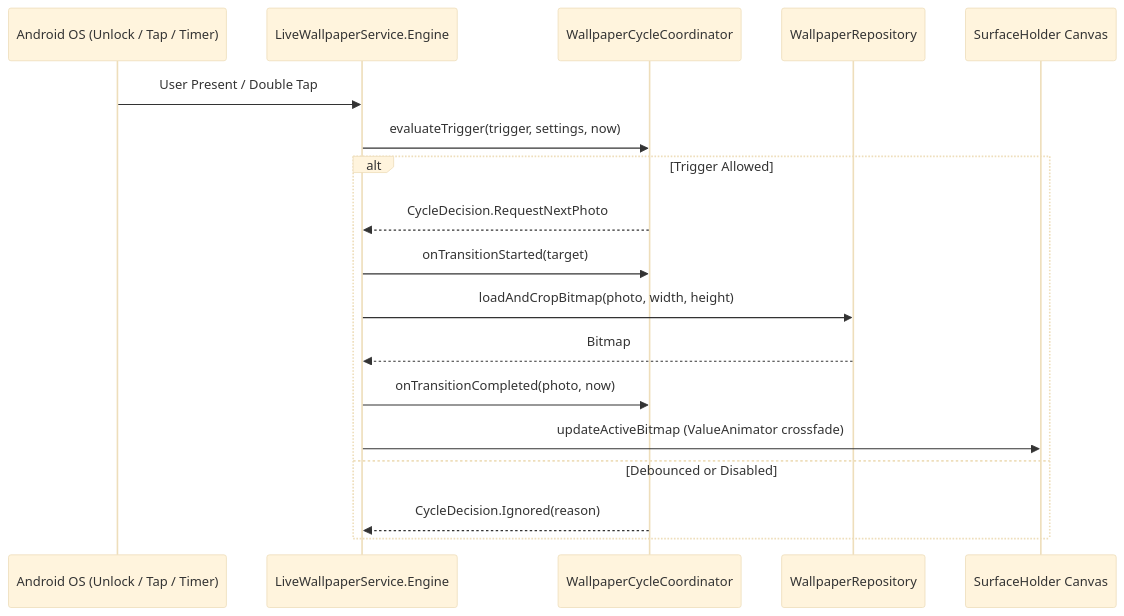
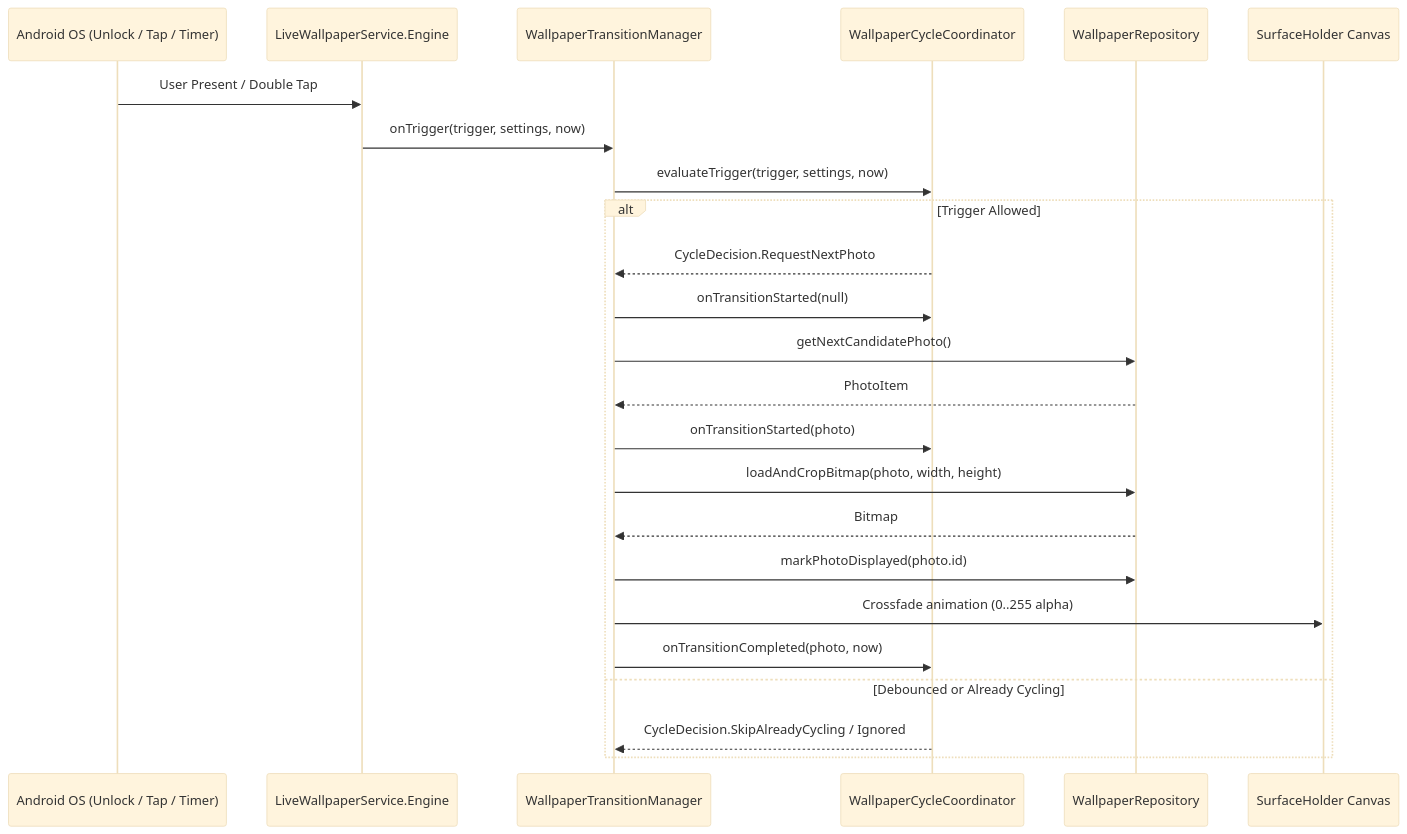
The diagram in docs/agent/wallpaper-engine.md (PereViader/AndroidBackgroundSwitcher), drawn with Mermaid (base theme) before and after one commit. The commit also changed other lines of this file and 11 other files, not shown here.

First line of the commit message:
refactor(wallpaper): extract transition manager and improve LRU candidate selection

````diff
--- a/docs/agent/wallpaper-engine.md
+++ b/docs/agent/wallpaper-engine.md
@@ -15,21 +15,27 @@
 ```mermaid
 sequenceDiagram
     participant OS as Android OS (Unlock / Tap / Timer)
     participant Engine as LiveWallpaperService.Engine
+    participant Trans as WallpaperTransitionManager
     participant Coord as WallpaperCycleCoordinator
     participant Repo as WallpaperRepository
     participant Renderer as SurfaceHolder Canvas
 
     OS->>Engine: User Present / Double Tap
-    Engine->>Coord: evaluateTrigger(trigger, settings, now)
+    Engine->>Trans: onTrigger(trigger, settings, now)
+    Trans->>Coord: evaluateTrigger(trigger, settings, now)
     alt Trigger Allowed
-        Coord-->>Engine: CycleDecision.RequestNextPhoto
-        Engine->>Coord: onTransitionStarted(target)
-        Engine->>Repo: loadAndCropBitmap(photo, width, height)
-        Repo-->>Engine: Bitmap
-        Engine->>Coord: onTransitionCompleted(photo, now)
-        Engine->>Renderer: updateActiveBitmap (ValueAnimator crossfade)
-    else Debounced or Disabled
-        Coord-->>Engine: CycleDecision.Ignored(reason)
+        Coord-->>Trans: CycleDecision.RequestNextPhoto
+        Trans->>Coord: onTransitionStarted(null)
+        Trans->>Repo: getNextCandidatePhoto()
+        Repo-->>Trans: PhotoItem
+        Trans->>Coord: onTransitionStarted(photo)
+        Trans->>Repo: loadAndCropBitmap(photo, width, height)
+        Repo-->>Trans: Bitmap
+        Trans->>Repo: markPhotoDisplayed(photo.id)
+        Trans->>Renderer: Crossfade animation (0..255 alpha)
+        Trans->>Coord: onTransitionCompleted(photo, now)
+    else Debounced or Already Cycling
+        Coord-->>Trans: CycleDecision.SkipAlreadyCycling / Ignored
     end
 ```
````
